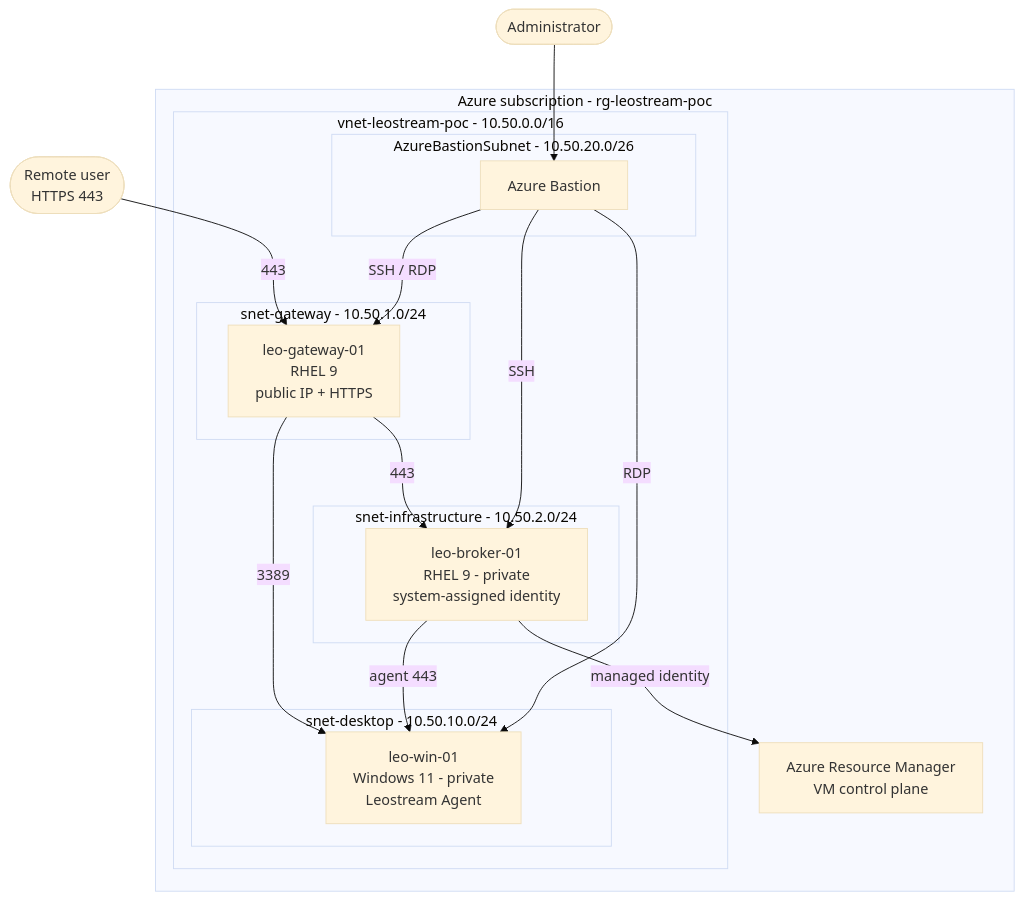
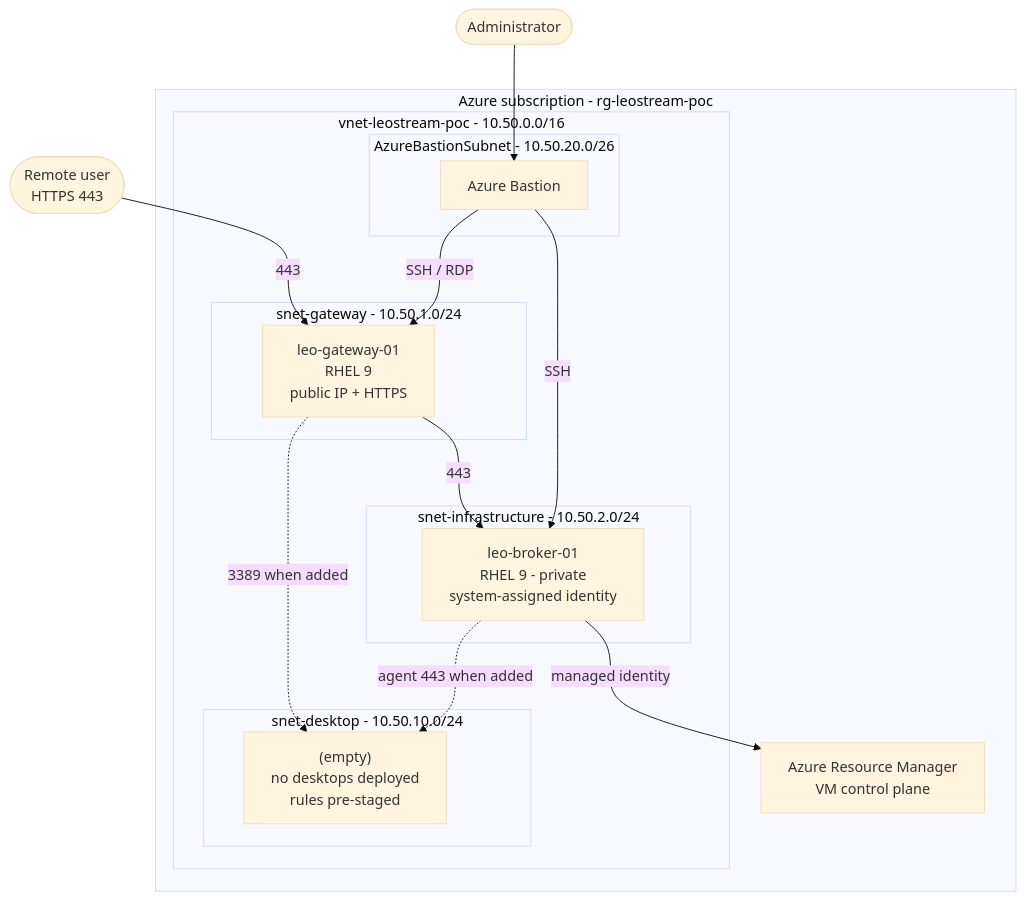
The diagram in docs/architecture.md (mehmetkadriumay/leostream-azure-poc), drawn with Mermaid (base theme) before and after one commit. The commit also changed other lines of this file and 7 other files, not shown here.

````diff
--- a/docs/architecture.md
+++ b/docs/architecture.md
@@ -19,34 +19,33 @@
 ```mermaid
 flowchart TB
     user([Remote user<br/>HTTPS 443])
 
     subgraph azure["Azure subscription - rg-leostream-poc"]
         subgraph vnet["vnet-leostream-poc - 10.50.0.0/16"]
             subgraph gwsub["snet-gateway - 10.50.1.0/24"]
                 gw["leo-gateway-01<br/>RHEL 9<br/>public IP + HTTPS"]
             end
             subgraph infrasub["snet-infrastructure - 10.50.2.0/24"]
                 broker["leo-broker-01<br/>RHEL 9 - private<br/>system-assigned identity"]
             end
             subgraph desksub["snet-desktop - 10.50.10.0/24"]
-                win["leo-win-01<br/>Windows 11 - private<br/>Leostream Agent"]
+                win["(empty)<br/>no desktops deployed<br/>rules pre-staged"]
             end
             subgraph bassub["AzureBastionSubnet - 10.50.20.0/26"]
                 bastion["Azure Bastion"]
             end
         end
         arm["Azure Resource Manager<br/>VM control plane"]
     end
 
     admin([Administrator])
 
     user -->|443| gw
     gw -->|443| broker
-    gw -->|3389| win
-    broker -->|agent 443| win
+    gw -.->|3389 when added| win
+    broker -.->|agent 443 when added| win
     broker -->|managed identity| arm
     admin --> bastion
     bastion -->|SSH / RDP| gw
     bastion -->|SSH| broker
-    bastion -->|RDP| win
 ```
````
